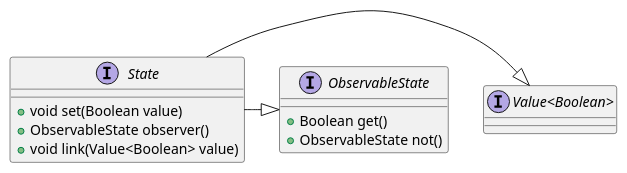
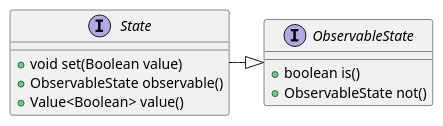
Before and after one commit to codion-is/codion: the third of 3 diagrams in documentation/src/docs/asciidoc/manual/common-core.adoc, drawn with PlantUML. The commit also changed other lines of this file and 13 other files, not shown here.

```diff
--- a/documentation/src/docs/asciidoc/manual/common-core.adoc
+++ b/documentation/src/docs/asciidoc/manual/common-core.adoc
@@ -105,20 +105,17 @@
 [plantuml,state-diagram,svg,align=center]
 -------------------------------------------
 skinparam genericDisplay old
 
 interface State {
     +void set(Boolean value)
-    +ObservableState observer()
-    +void link(Value<Boolean> value)
+    +ObservableState observable()
+    +Value<Boolean> value()
 }
 
 interface ObservableState {
-    +Boolean get()
+    +boolean is()
     +ObservableState not()
 }
 
-interface Value<Boolean> {}
-
-State -|> Value
 State -|> ObservableState
 -------------------------------------------
```
